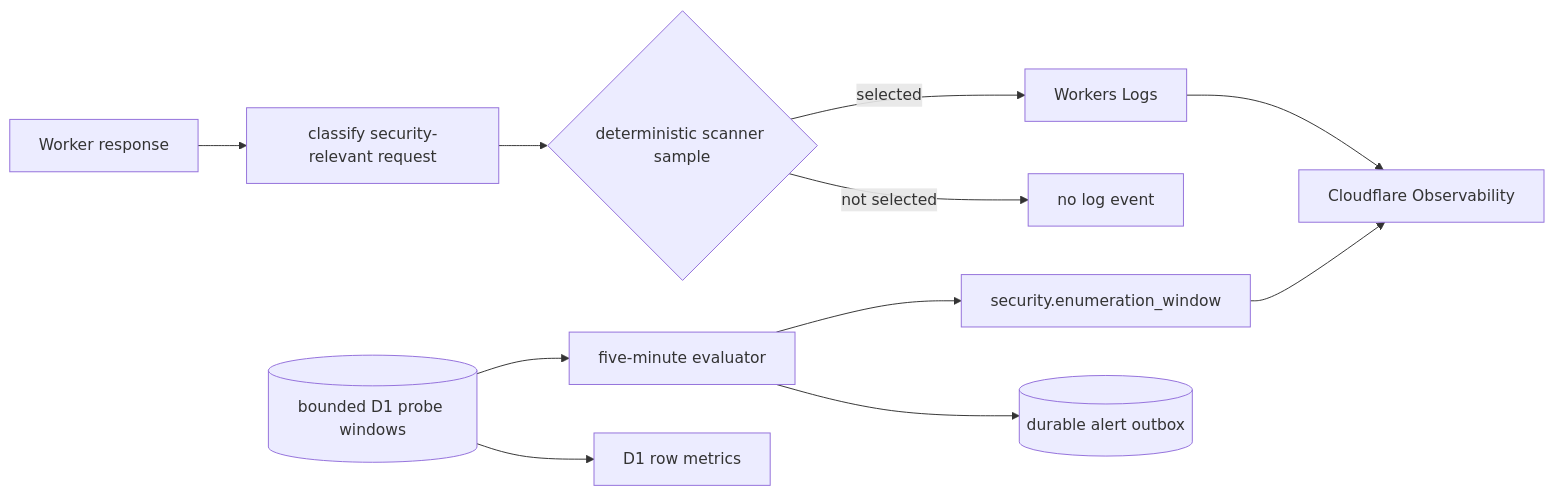
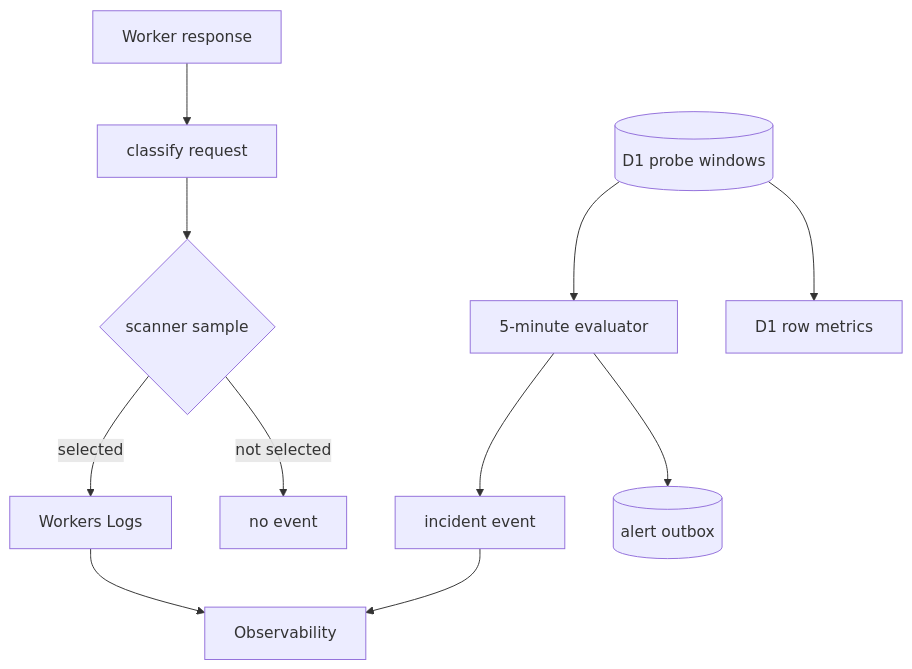
One commit to FelineStateMachine/nzip changed the fourth of 4 diagrams in ARCHITECTURE.md. Above: the diagram before and after it, drawn with Mermaid. The commit also changed other lines of this file and 1 other file, not shown here.

First line of the commit message:
docs: compact Mermaid diagrams

````diff
--- a/ARCHITECTURE.md
+++ b/ARCHITECTURE.md
@@ -124,13 +123,13 @@
 ```mermaid
-flowchart LR
-    RESP["Worker response"] --> CLASSIFY["classify security-relevant request"]
-    CLASSIFY --> SAMPLE{"deterministic scanner sample"}
+flowchart TB
+    RESP["Worker response"] --> CLASSIFY["classify request"]
+    CLASSIFY --> SAMPLE{"scanner sample"}
     SAMPLE -- "selected" --> LOGS["Workers Logs"]
-    SAMPLE -- "not selected" --> DROP["no log event"]
-    PROBES[("bounded D1 probe windows")] --> CRON["five-minute evaluator"]
-    CRON --> WINDOW["security.enumeration_window"]
-    CRON --> OUTBOX[("durable alert outbox")]
-    LOGS --> DASH["Cloudflare Observability"]
+    SAMPLE -- "not selected" --> DROP["no event"]
+    PROBES[("D1 probe windows")] --> CRON["5-minute evaluator"]
+    CRON --> WINDOW["incident event"]
+    CRON --> OUTBOX[("alert outbox")]
+    LOGS --> DASH["Observability"]
     WINDOW --> DASH
     PROBES --> METRICS["D1 row metrics"]
 ```
````
